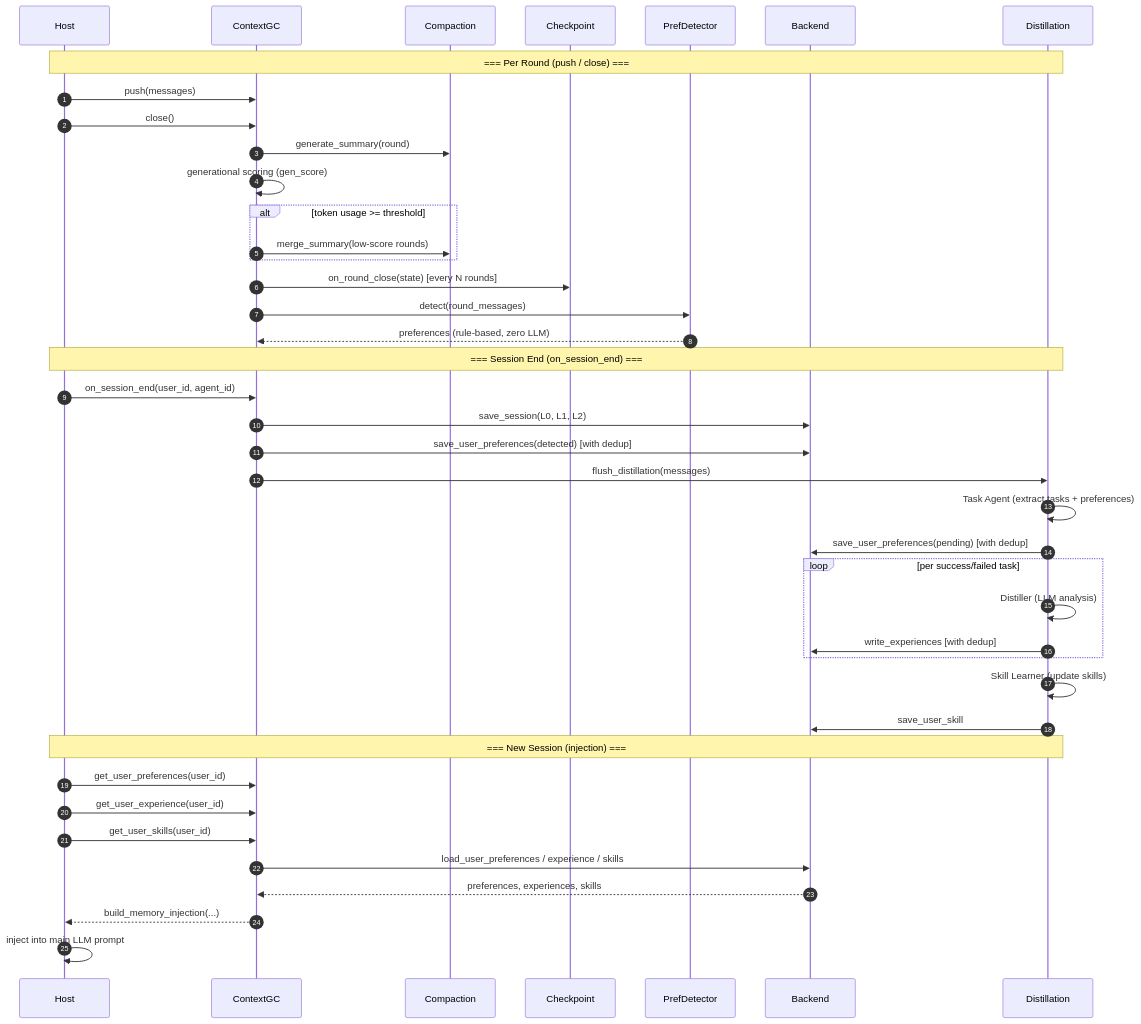
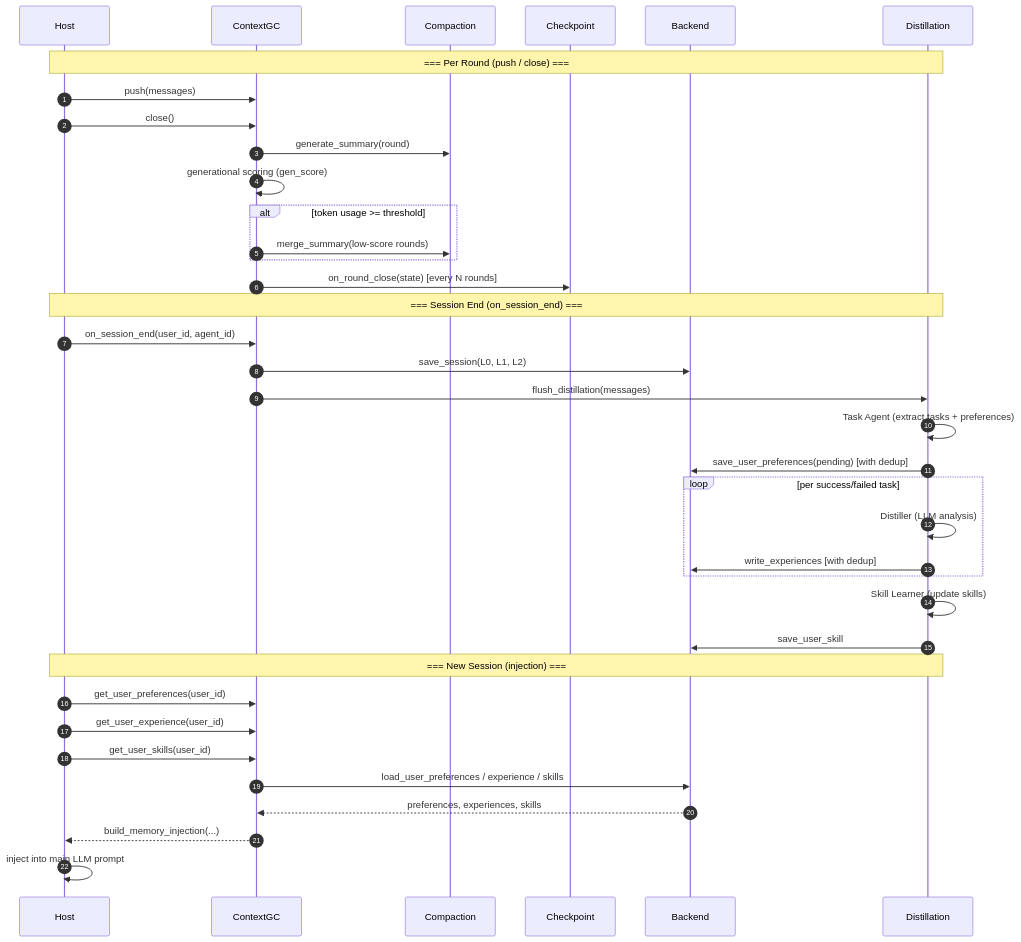
The diagram in README.md (4XII-Khan/Context-GC), drawn with Mermaid before and after one commit. The commit also changed other lines of this file and 50 other files, not shown here.

````diff
--- a/README.md
+++ b/README.md
@@ -203,44 +203,40 @@
 ```mermaid
 sequenceDiagram
     autonumber
     participant Host
     participant ContextGC
     participant Compaction
     participant Checkpoint
-    participant PrefDetector
     participant Backend
     participant Distillation
 
     Note over Host,Distillation: === Per Round (push / close) ===
     Host->>ContextGC: push(messages)
     Host->>ContextGC: close()
     ContextGC->>Compaction: generate_summary(round)
     ContextGC->>ContextGC: generational scoring (gen_score)
     alt token usage >= threshold
         ContextGC->>Compaction: merge_summary(low-score rounds)
     end
     ContextGC->>Checkpoint: on_round_close(state) [every N rounds]
-    ContextGC->>PrefDetector: detect(round_messages)
-    PrefDetector-->>ContextGC: preferences (rule-based, zero LLM)
     Note over Host,Distillation: === Session End (on_session_end) ===
     Host->>ContextGC: on_session_end(user_id, agent_id)
     ContextGC->>Backend: save_session(L0, L1, L2)
-    ContextGC->>Backend: save_user_preferences(detected) [with dedup]
     ContextGC->>Distillation: flush_distillation(messages)
     Distillation->>Distillation: Task Agent (extract tasks + preferences)
     Distillation->>Backend: save_user_preferences(pending) [with dedup]
     loop per success/failed task
         Distillation->>Distillation: Distiller (LLM analysis)
         Distillation->>Backend: write_experiences [with dedup]
     end
     Distillation->>Distillation: Skill Learner (update skills)
     Distillation->>Backend: save_user_skill
     Note over Host,Distillation: === New Session (injection) ===
     Host->>ContextGC: get_user_preferences(user_id)
     Host->>ContextGC: get_user_experience(user_id)
     Host->>ContextGC: get_user_skills(user_id)
     ContextGC->>Backend: load_user_preferences / experience / skills
     Backend-->>ContextGC: preferences, experiences, skills
     ContextGC-->>Host: build_memory_injection(...)
     Host->>Host: inject into main LLM prompt
 ```
````
